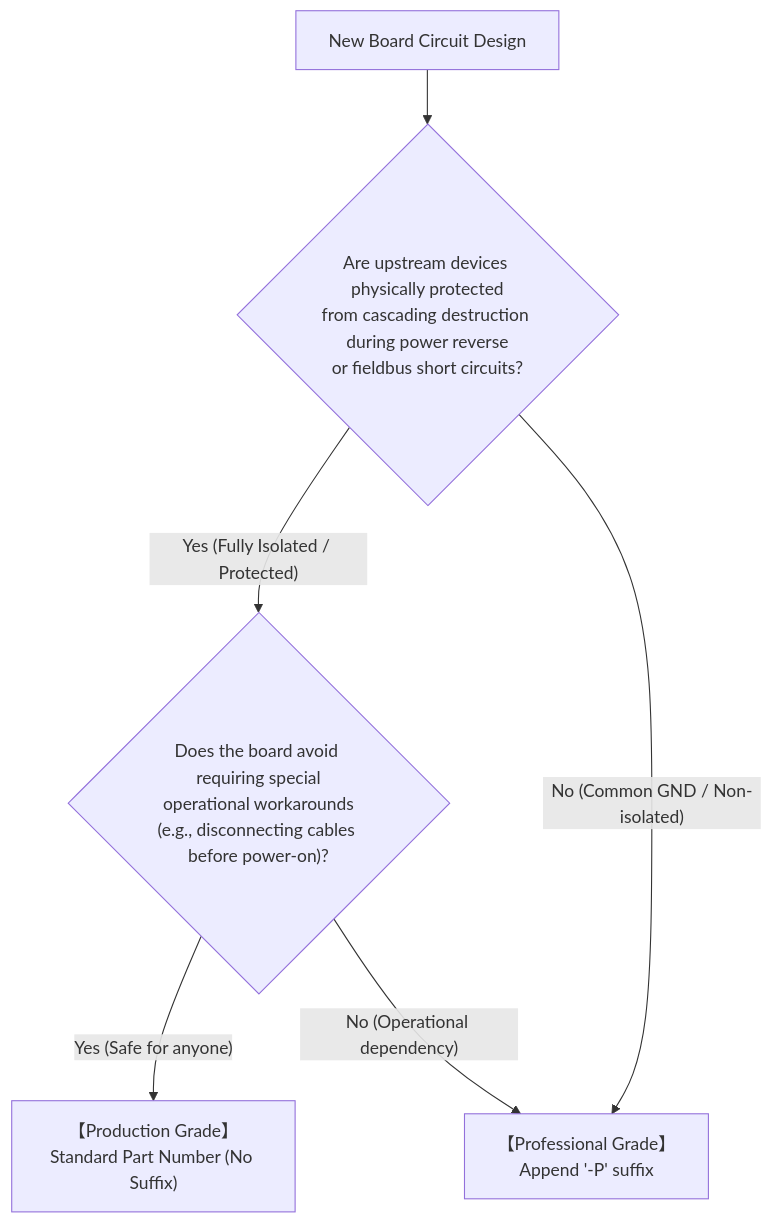
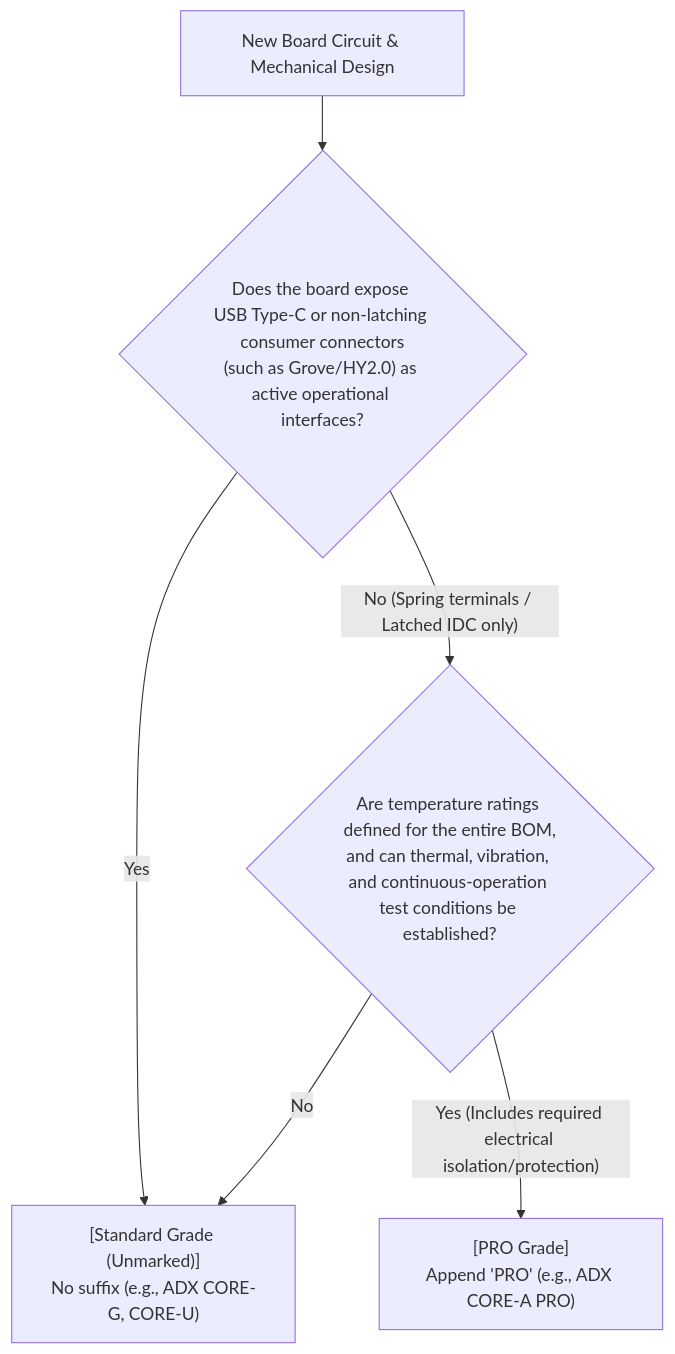
Before and after one commit to Masafuro/ADX: the diagram in docs/en/hardware_naming_rules.md, drawn with Mermaid. The commit also changed other lines of this file and 8 other files, not shown here.

Commit message:
docs: update hardware naming rules to standard and PRO grade tiers

````diff
--- a/docs/en/hardware_naming_rules.md
+++ b/docs/en/hardware_naming_rules.md
@@ -54,8 +52,8 @@
 ```mermaid
 graph TD
-    Start["New Board Circuit Design"] --> Q1{"Are upstream devices physically protected<br/>from cascading destruction during power reverse<br/>or fieldbus short circuits?"}
-    Q1 -- "Yes (Fully Isolated / Protected)" --> Q2{"Does the board avoid requiring special<br/>operational workarounds<br/>(e.g., disconnecting cables before power-on)?"}
-    Q1 -- "No (Common GND / Non-isolated)" --> TierP["【Professional Grade】<br/>Append '-P' suffix"]
-    Q2 -- "Yes (Safe for anyone)" --> TierProd["【Production Grade】<br/>Standard Part Number (No Suffix)"]
-    Q2 -- "No (Operational dependency)" --> TierP
+    Start["New Board Circuit & Mechanical Design"] --> Q1{"Does the board expose USB Type-C or non-latching consumer connectors<br/>(such as Grove/HY2.0) as active operational interfaces?"}
+    Q1 -- "Yes" --> TierStd["[Standard Grade (Unmarked)]<br/>No suffix (e.g., ADX CORE-G, CORE-U)"]
+    Q1 -- "No (Spring terminals / Latched IDC only)" --> Q2{"Are temperature ratings defined for the entire BOM,<br/>and can thermal, vibration, and continuous-operation test conditions be established?"}
+    Q2 -- "Yes (Includes required electrical isolation/protection)" --> TierPro["[PRO Grade]<br/>Append 'PRO' (e.g., ADX CORE-A PRO)"]
+    Q2 -- "No" --> TierStd
 ```
````
